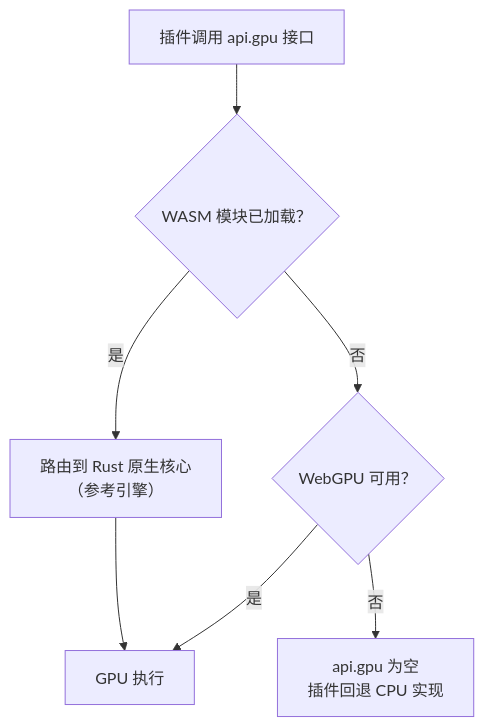
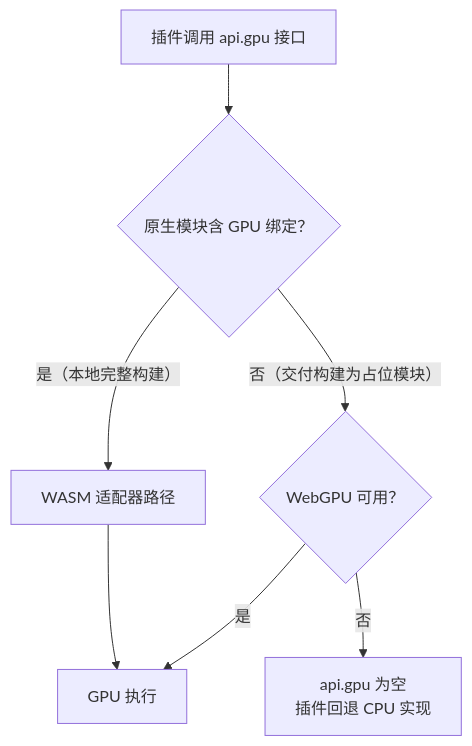
One commit to SnowLeopard-io/ErgalicsStudio changed the first of 2 diagrams in docs/technical/06-GPU计算与原生核心.md. Above: the diagram before and after it, drawn with Mermaid. The commit also changed other lines of this file and 36 other files, not shown here.

````diff
--- a/docs/technical/06-GPU计算与原生核心.md
+++ b/docs/technical/06-GPU计算与原生核心.md
@@ -34,9 +25,9 @@
 ```mermaid
 flowchart TD
-    A["插件调用 api.gpu 接口"] --> B{"WASM 模块已加载？"}
-    B -- 是 --> C["路由到 Rust 原生核心<br/>（参考引擎）"]
-    B -- 否 --> D{"WebGPU 可用？"}
+    A["插件调用 api.gpu 接口"] --> B{"原生模块含 GPU 绑定？"}
+    B -- 是（本地完整构建） --> C["WASM 适配器路径"]
+    B -- 否（交付构建为占位模块） --> D{"WebGPU 可用？"}
     C --> E["GPU 执行"]
     D -- 是 --> E
     D -- 否 --> F["api.gpu 为空<br/>插件回退 CPU 实现"]
 ```
````
